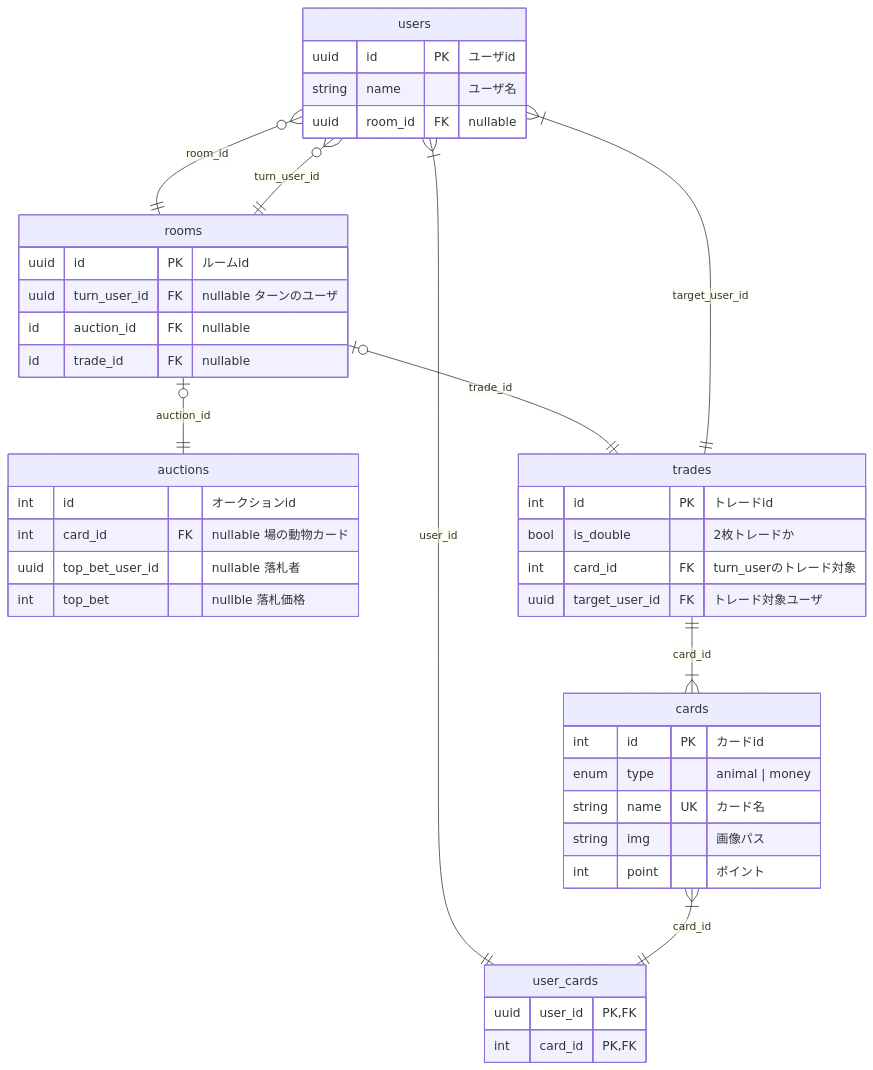
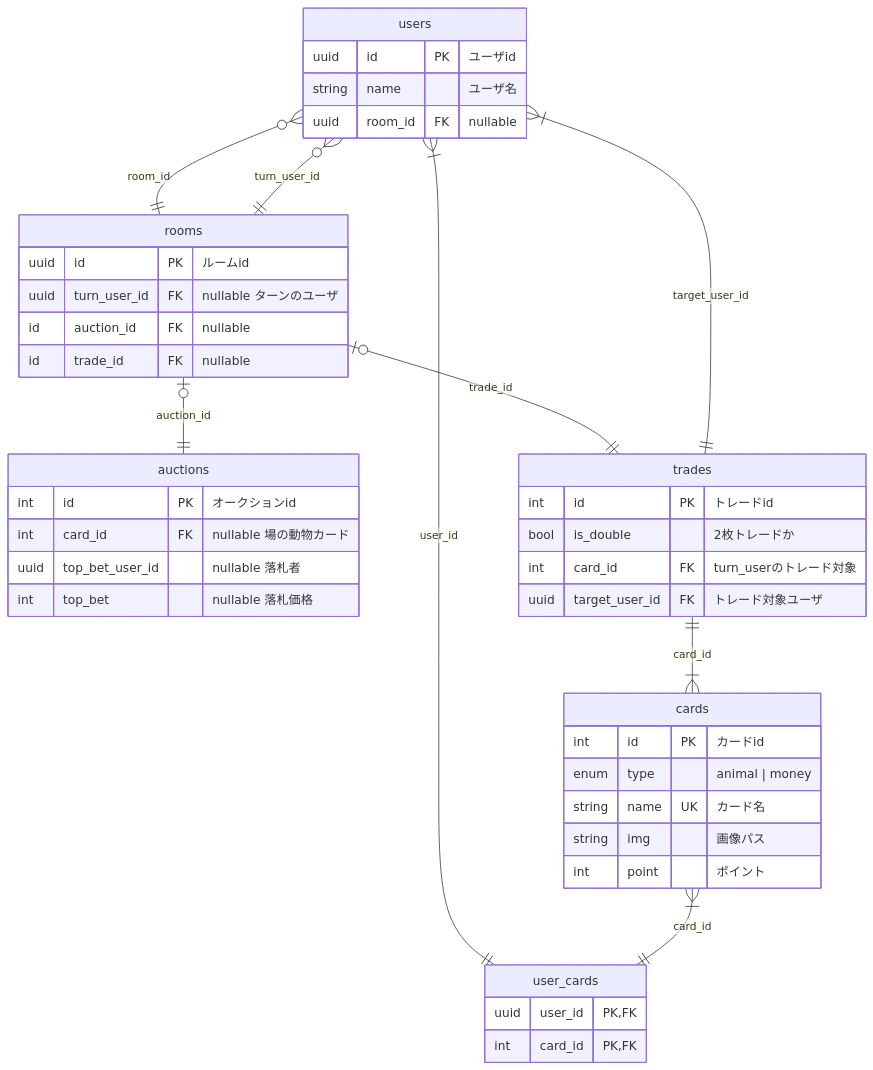
The diagram in document/ER-diagram.md (alltheturkey/auction), drawn with Mermaid before and after one commit.

Commit message:
docs(document): fix typo

````diff
--- a/document/ER-diagram.md
+++ b/document/ER-diagram.md
@@ -1,51 +1,51 @@
 ```mermaid
 erDiagram
     users o{--|| rooms : "room_id"
     rooms ||--o{ users : "turn_user_id"
     users |{--|| user_cards : "user_id"
     cards |{--|| user_cards : "card_id"
     rooms o|--|| auctions : "auction_id"
     rooms o|--|| trades : "trade_id"
     trades ||--|{ cards : "card_id"
     trades ||--|{ users : "target_user_id"
 
     users {
         uuid id PK "ユーザid"
         string name "ユーザ名"
         uuid room_id FK "nullable"
     }
 
     user_cards {
         uuid user_id PK,FK
         int card_id PK,FK
     }
 
     cards {
         int id PK "カードid"
         enum type "animal | money"
         string name UK "カード名"
         string img "画像パス"
         int point "ポイント"
     }
 
     rooms {
         uuid id PK "ルームid"
         uuid turn_user_id FK "nullable ターンのユーザ"
         id auction_id FK "nullable"
         id trade_id FK "nullable"
     }
 
     trades {
         int id PK "トレードid"
         bool is_double "2枚トレードか"
         int card_id FK "turn_userのトレード対象"
         uuid target_user_id FK "トレード対象ユーザ"
     }
 
     auctions {
-        int id "オークションid"
+        int id PK "オークションid"
         int card_id FK "nullable 場の動物カード"
         uuid top_bet_user_id "nullable 落札者"
-        int top_bet "nullble 落札価格"
+        int top_bet "nullable 落札価格"
     }
 ```
````
